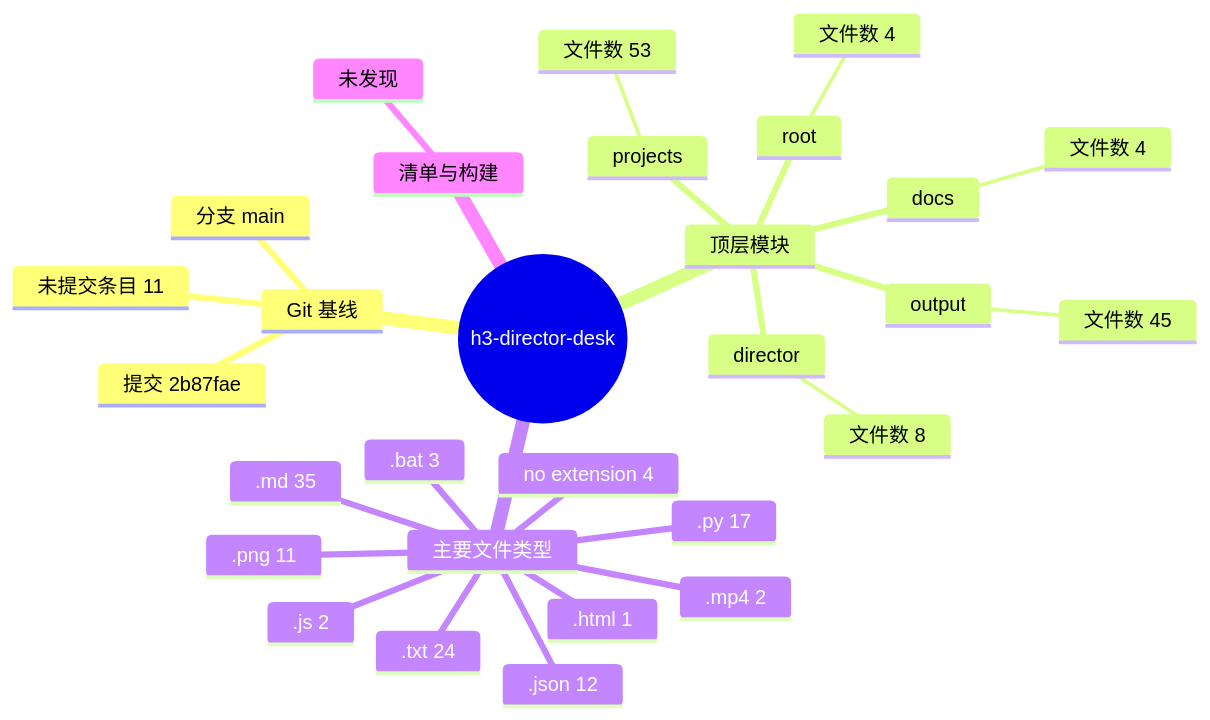
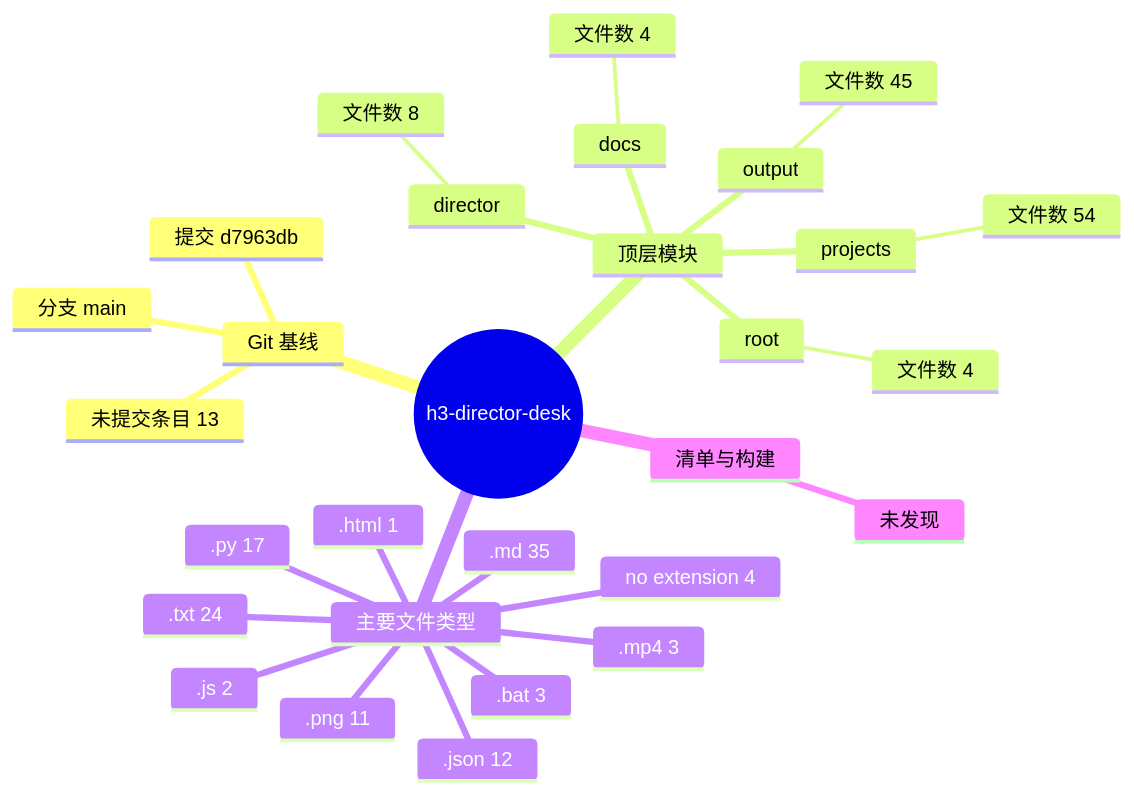
The diagram in docs/project-evolution/mindmaps/repository-structure.md (Exalex/h3-director-desk), drawn with Mermaid before and after one commit. The commit also changed 12 other files, not shown here.

````diff
--- a/docs/project-evolution/mindmaps/repository-structure.md
+++ b/docs/project-evolution/mindmaps/repository-structure.md
@@ -5,32 +5,32 @@
 ```mermaid
 mindmap
   root((h3-director-desk))
     Git 基线
       分支 main
-      提交 2b87fae
-      未提交条目 11
+      提交 d7963db
+      未提交条目 13
     顶层模块
       projects
-        文件数 53
+        文件数 54
       output
         文件数 45
       director
         文件数 8
       root
         文件数 4
       docs
         文件数 4
     主要文件类型
       .md 35
       .txt 24
       .py 17
       .json 12
       .png 11
       no extension 4
       .bat 3
+      .mp4 3
       .js 2
-      .mp4 2
       .html 1
     清单与构建
       未发现
 ```
````
